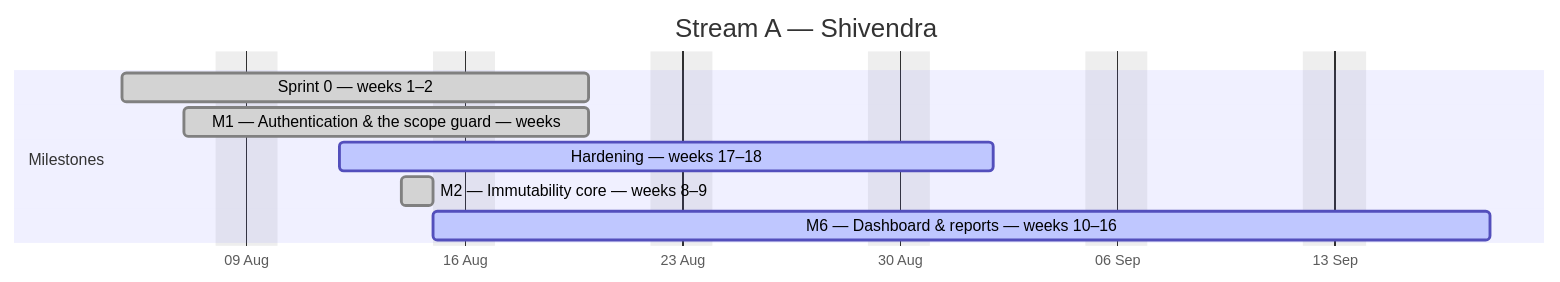
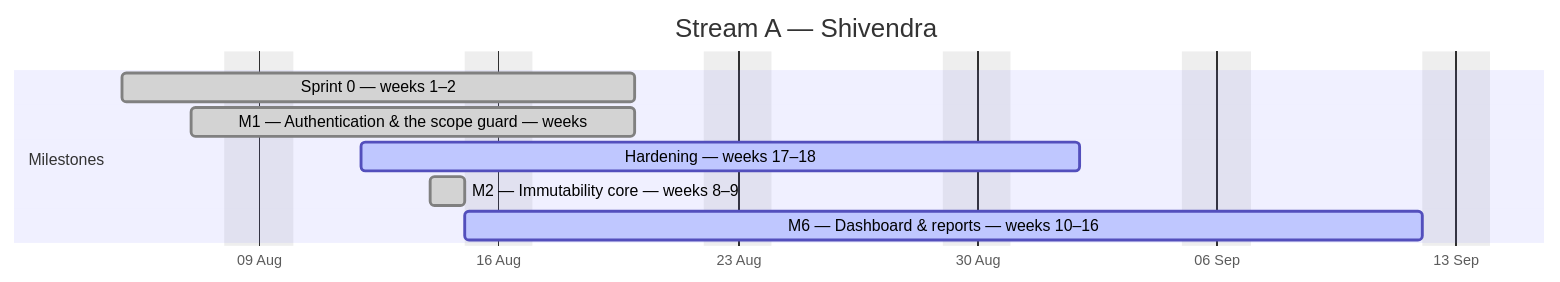
The first of 4 diagrams in docs/plan/GANTT.md (debashisedunext/EduTrack), drawn with Mermaid before and after one commit. The commit also changed other lines of this file and 6 other files, not shown here.

````diff
--- a/docs/plan/GANTT.md
+++ b/docs/plan/GANTT.md
@@ -99,13 +89,13 @@
 ```mermaid
 gantt
     dateFormat YYYY-MM-DD
     axisFormat %d %b
     title Stream A — Shivendra
     excludes weekends
     section Milestones
     Sprint 0 — weeks 1–2 :done, a0, 2026-08-05, 11d
     M1 — Authentication & the scope guard — weeks :done, a1, 2026-08-07, 9d
     Hardening — weeks 17–18 :active, a2, 2026-08-12, 15d
     M2 — Immutability core — weeks 8–9 :done, a3, 2026-08-14, 1d
-    M6 — Dashboard & reports — weeks 10–16 :active, a4, 2026-08-15, 25d
+    M6 — Dashboard & reports — weeks 10–16 :active, a4, 2026-08-15, 21d
 ```
````
